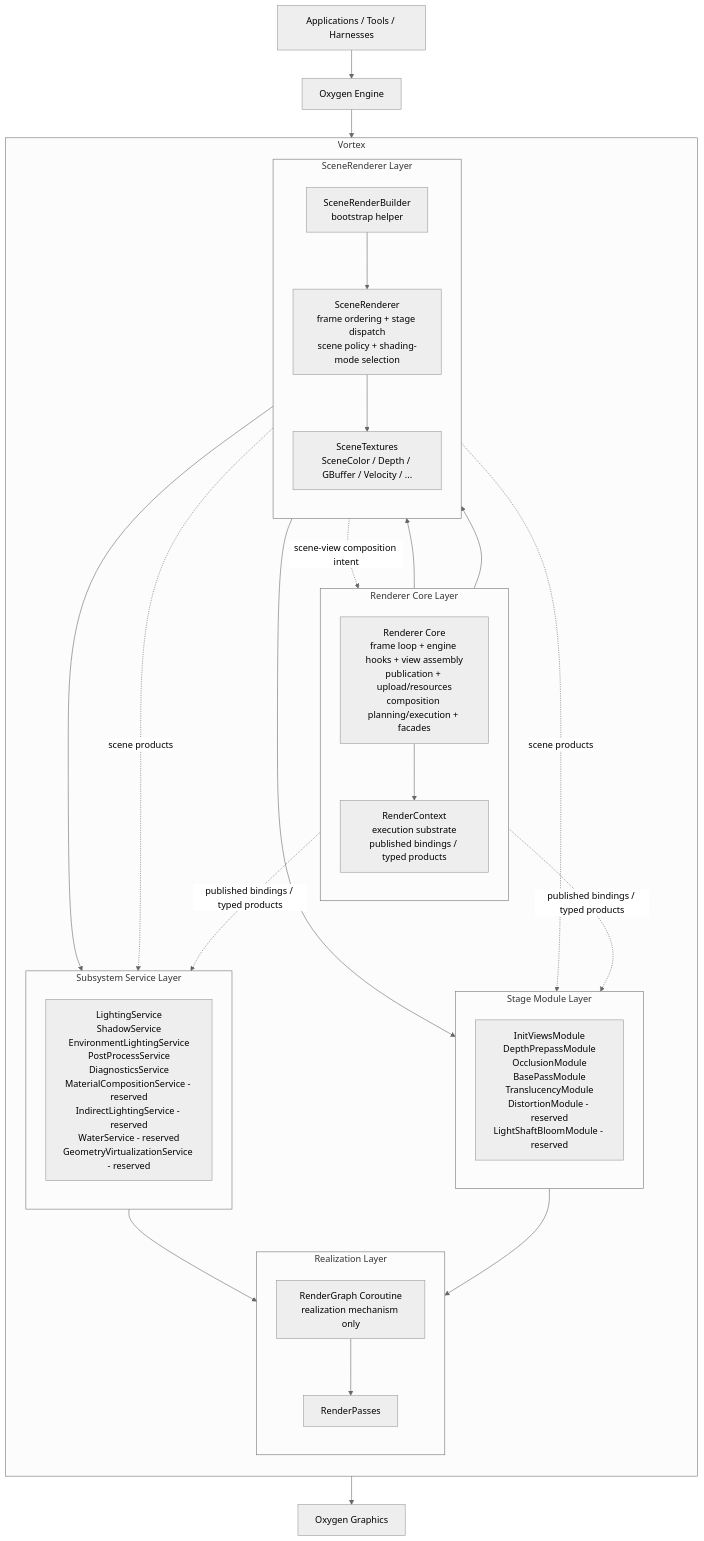
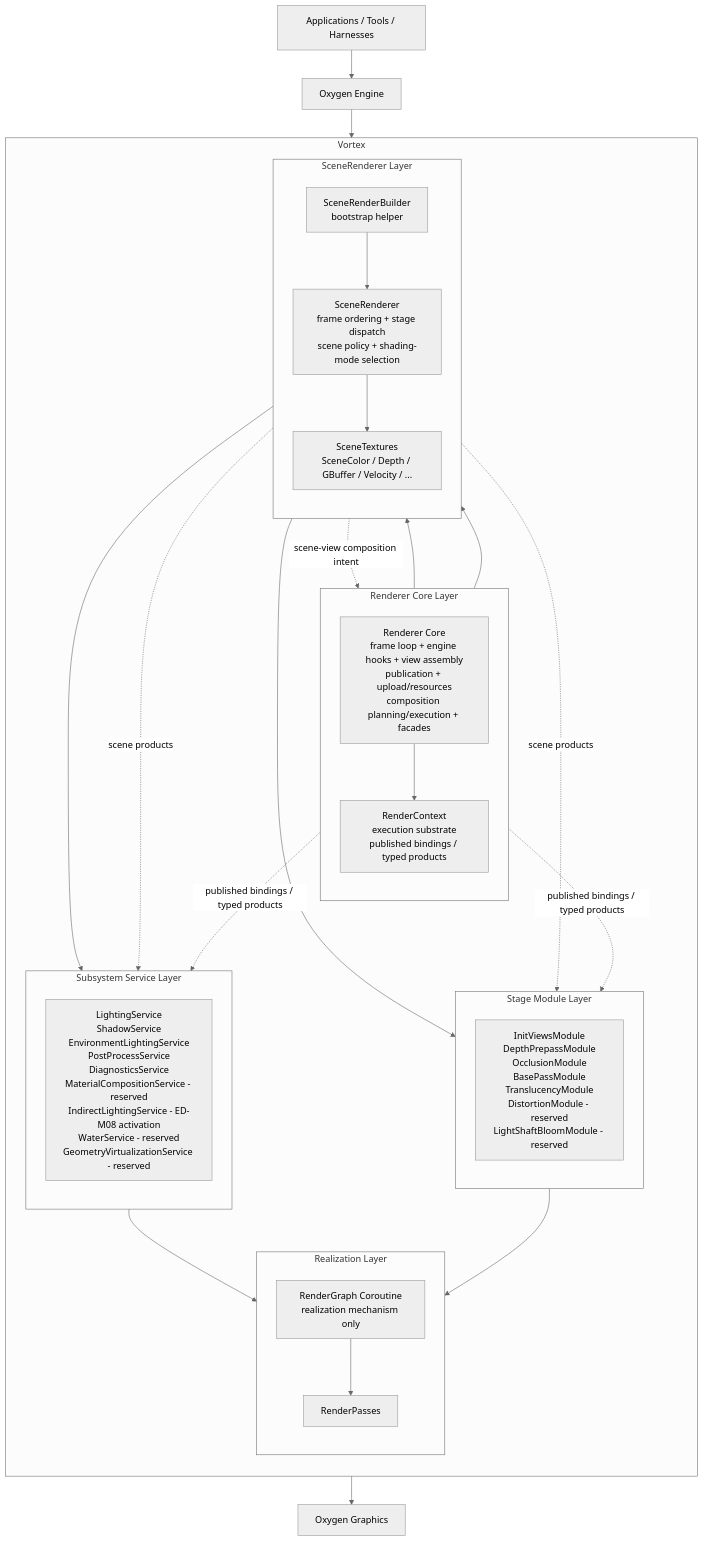
Before and after one commit to abdes/DroidNet: the third of 5 diagrams in projects/Oxygen.Engine/design/vortex/ARCHITECTURE.md, drawn with Mermaid (neutral theme). The commit also changed other lines of this file and 49 other files, not shown here.

````diff
--- a/projects/Oxygen.Engine/design/vortex/ARCHITECTURE.md
+++ b/projects/Oxygen.Engine/design/vortex/ARCHITECTURE.md
@@ -659,63 +660,63 @@
 ```mermaid
 flowchart TB
     App[Applications / Tools / Harnesses]
     Engine[Oxygen Engine]
     Gfx[Oxygen Graphics]
 
     subgraph Vortex[Vortex]
         direction TB
 
         subgraph CoreLayer[Renderer Core Layer]
             direction TB
             Core[Renderer Core<br/>frame loop + engine hooks + view assembly<br/>publication + upload/resources<br/>composition planning/execution + facades]
             RCtx[RenderContext<br/>execution substrate<br/>published bindings / typed products]
         end
 
         subgraph SceneLayer[SceneRenderer Layer]
             direction TB
             SceneR[SceneRenderer<br/>frame ordering + stage dispatch<br/>scene policy + shading-mode selection]
             STex[SceneTextures<br/>SceneColor / Depth / GBuffer / Velocity / ...]
             Builder[SceneRenderBuilder<br/>bootstrap helper]
         end
 
         subgraph StageLayer[Stage Module Layer]
             direction TB
             Stages[InitViewsModule<br/>DepthPrepassModule<br/>OcclusionModule<br/>BasePassModule<br/>TranslucencyModule<br/>DistortionModule - reserved<br/>LightShaftBloomModule - reserved]
         end
 
         subgraph ServiceLayer[Subsystem Service Layer]
             direction TB
-            Services[LightingService<br/>ShadowService<br/>EnvironmentLightingService<br/>PostProcessService<br/>DiagnosticsService<br/>MaterialCompositionService - reserved<br/>IndirectLightingService - reserved<br/>WaterService - reserved<br/>GeometryVirtualizationService - reserved]
+            Services[LightingService<br/>ShadowService<br/>EnvironmentLightingService<br/>PostProcessService<br/>DiagnosticsService<br/>MaterialCompositionService - reserved<br/>IndirectLightingService - ED-M08 activation<br/>WaterService - reserved<br/>GeometryVirtualizationService - reserved]
         end
 
         subgraph Realization[Realization Layer]
             direction TB
             RG[RenderGraph Coroutine<br/>realization mechanism only]
             Passes[RenderPasses]
         end
     end
 
     App --> Engine
     Engine --> Core
     Core --> Builder
     Builder --> SceneR
     Core --> RCtx
     Core --> SceneR
     SceneR --> STex
     SceneR --> Stages
     SceneR --> Services
 
     Stages --> RG
     Services --> RG
 
     RG --> Passes
     Passes --> Gfx
 
     RCtx -. published bindings / typed products .-> Stages
     RCtx -. published bindings / typed products .-> Services
 
     STex -. scene products .-> Stages
     STex -. scene products .-> Services
 
     SceneR -. scene-view composition intent .-> Core
 ```
````
